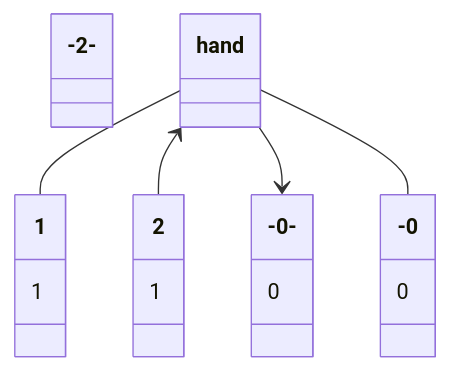
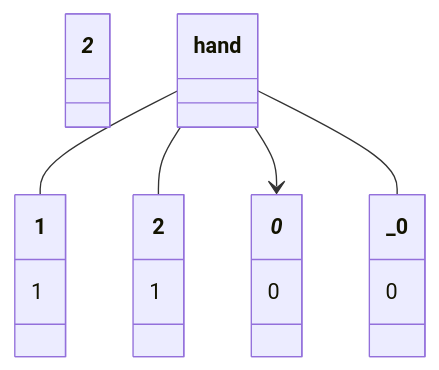
Before and after one commit to sadmanca/ece344: diagram 23 of 37 in README.md, drawn with Mermaid. The commit also changed other lines of this file, not shown here.

````diff
--- a/README.md
+++ b/README.md
@@ -7673,24 +7675,24 @@
 ```mermaid
 classDiagram
-    class -2-
+    class _2_
 
     hand -- 1
-    hand <-- 2
-    hand --> -0-
-    hand -- -0
+    hand -- 2
+    hand --> _0_
+    hand -- _0
 
     class hand {
     }
     class 1 {
       1
     }
     class 2 {
       1
    }
-   class -0- {
+   class _0_ {
       0
    }
-   class -0 {
+   class _0 {
       0
    }
 ```
````
